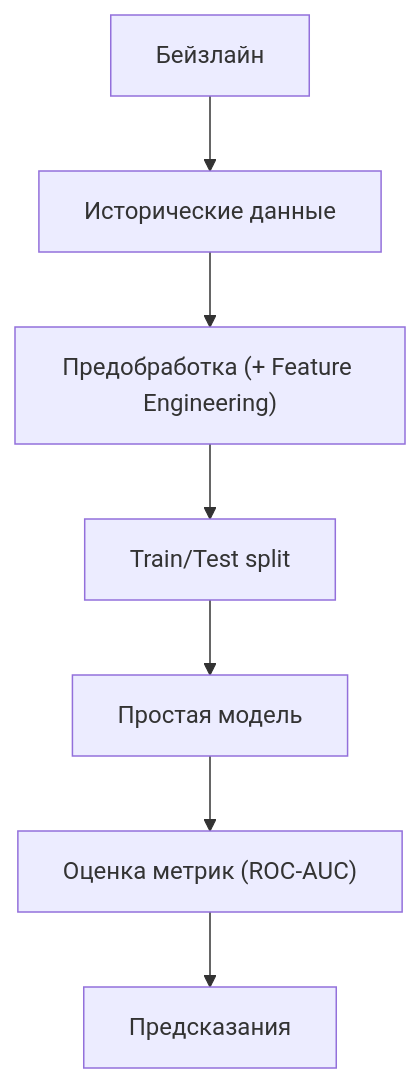
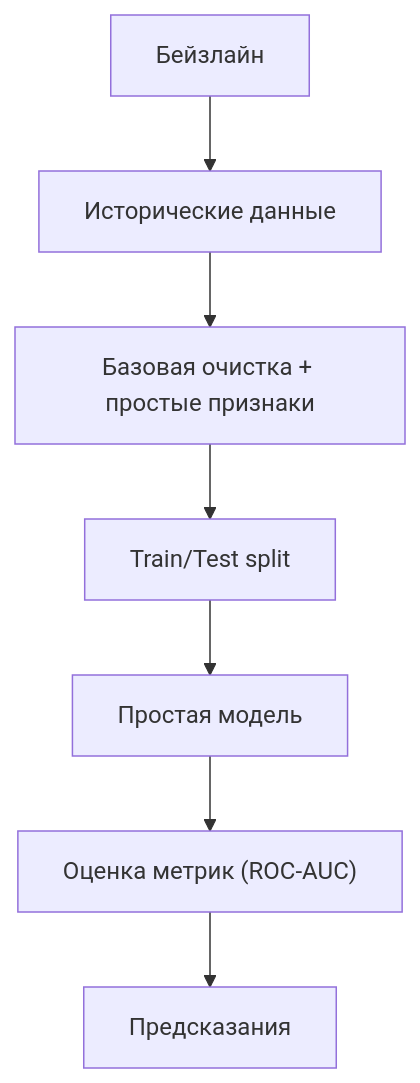
The first of 2 diagrams in docs/ml_system_design_doc.md (ina-ra/booking_cancellation), drawn with Mermaid before and after one commit. The commit also changed other lines of this file, not shown here.

First line of the commit message:
Revise MVP flowchart and description in design doc

````diff
--- a/docs/ml_system_design_doc.md
+++ b/docs/ml_system_design_doc.md
@@ -153,9 +153,9 @@
 ```mermaid
   flowchart TB
   B[Бейзлайн] --> D["Исторические данные"]
-  D --> E["Предобработка (+ Feature Engineering)"]
+  D --> E["Базовая очистка + простые признаки"]
   E --> F["Train/Test split"]
   F --> G["Простая модель"]
   G --> H["Оценка метрик (ROC-AUC)"]
   H --> I["Предсказания"]
 ```
````
